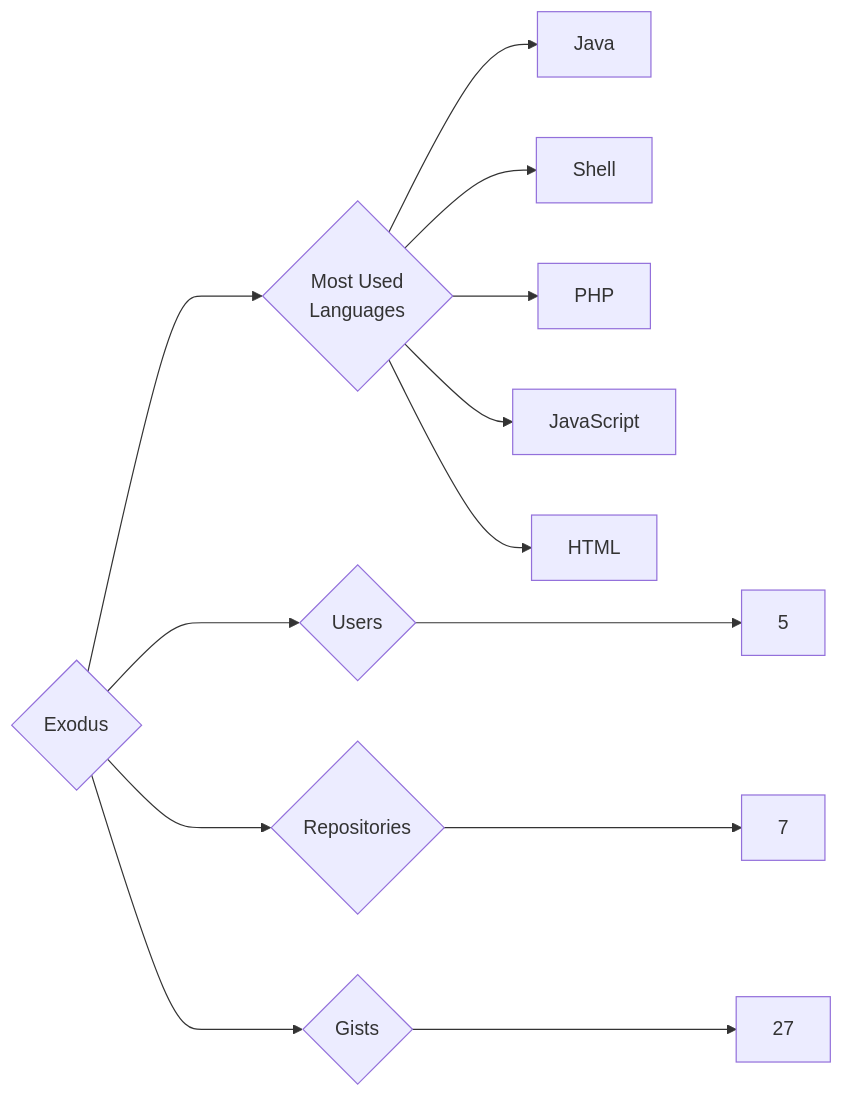
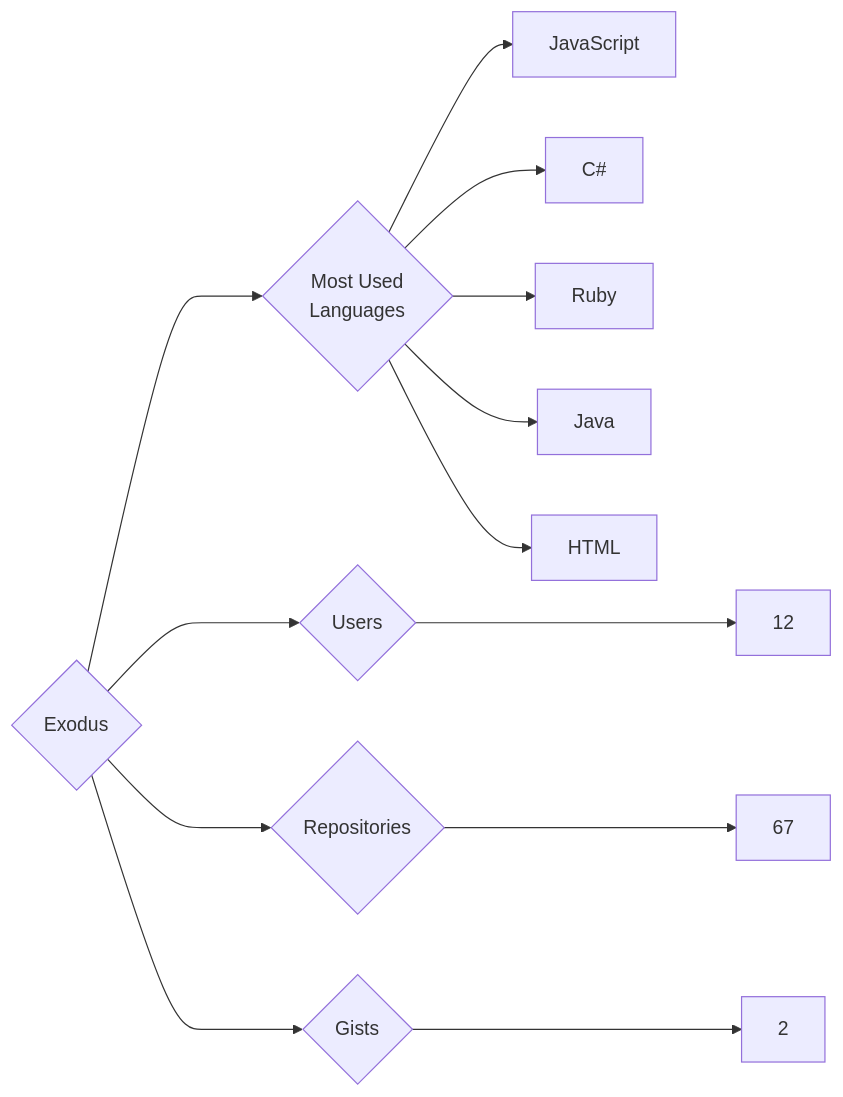
The diagram in targets/Exodus/README.md (trickest/insiders), drawn with Mermaid before and after one commit. The commit also changed 1195 other files, not shown here.

````diff
--- a/targets/Exodus/README.md
+++ b/targets/Exodus/README.md
@@ -3,13 +3,13 @@
 ```mermaid
 graph LR
 COMPANY_NAME{Exodus}
-COMPANY_NAME ---> U{Users} ---> UN[5]
-COMPANY_NAME ---> R{Repositories} ---> RN[7]
-COMPANY_NAME ---> G{Gists} ---> GN[27]
+COMPANY_NAME ---> U{Users} ---> UN[12]
+COMPANY_NAME ---> R{Repositories} ---> RN[67]
+COMPANY_NAME ---> G{Gists} ---> GN[2]
 COMPANY_NAME ---> ML{Most Used<br>Languages}
+ML --> JavaScript[JavaScript]
+ML --> C#[C#]
+ML --> Ruby[Ruby]
 ML --> Java[Java]
-ML --> Shell[Shell]
-ML --> PHP[PHP]
-ML --> JavaScript[JavaScript]
 ML --> HTML[HTML]
 ```
````
